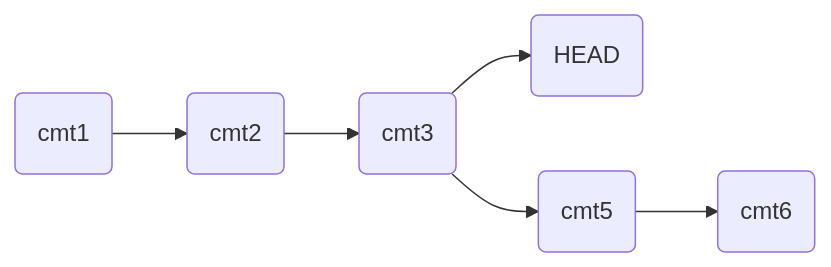
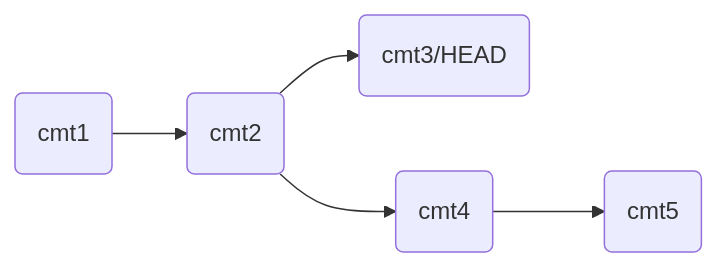
The eighth of 9 diagrams in lectures/13-git_advanced/13-git_advanced.qmd (nmuncy/course-basic_bash), drawn with Mermaid before and after one commit. The commit also changed other lines of this file and 78 other files, not shown here.

````diff
--- a/lectures/13-git_advanced/13-git_advanced.qmd
+++ b/lectures/13-git_advanced/13-git_advanced.qmd
@@ -78,5 +296,5 @@
 ```{mermaid}
 flowchart LR
-  A(cmt1) --> B(cmt2) --> C(cmt3) --> D(HEAD)
-  C --> E(cmt5) --> F(cmt6)
+  A(cmt1) --> B(cmt2) --> C(cmt3/HEAD)
+  B --> D(cmt4) --> E(cmt5)
 ```
````
